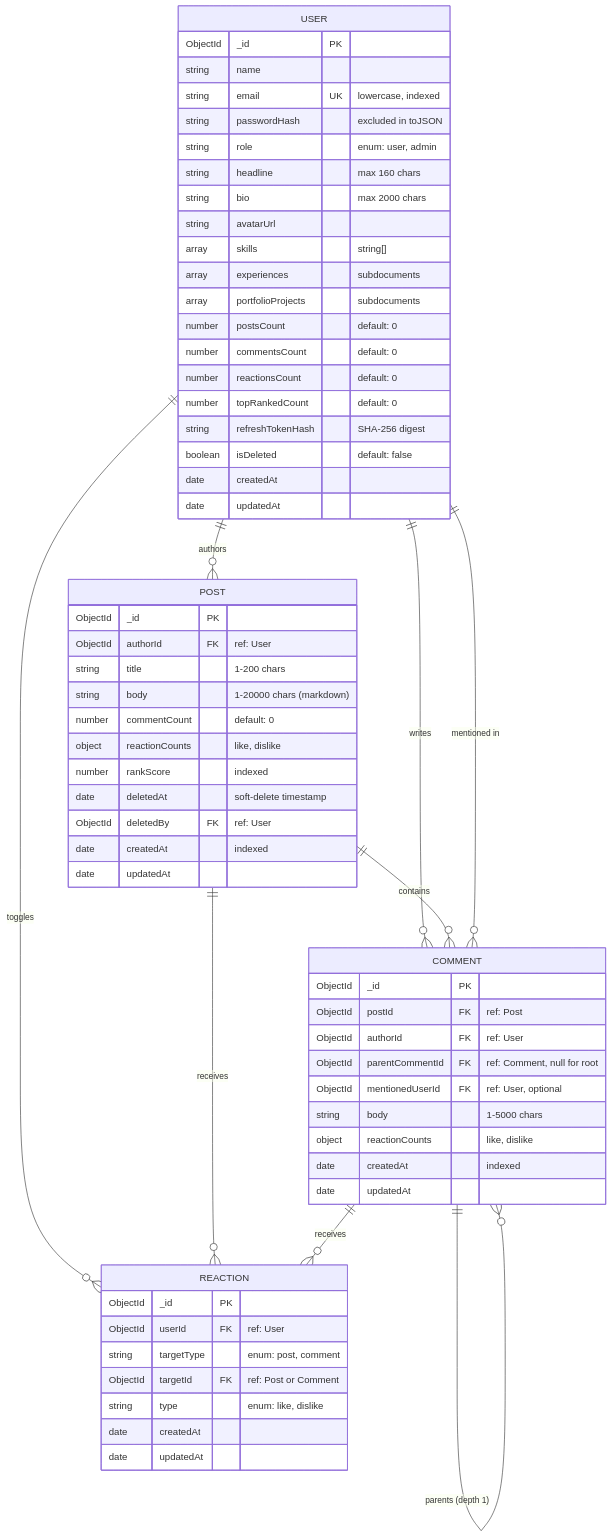
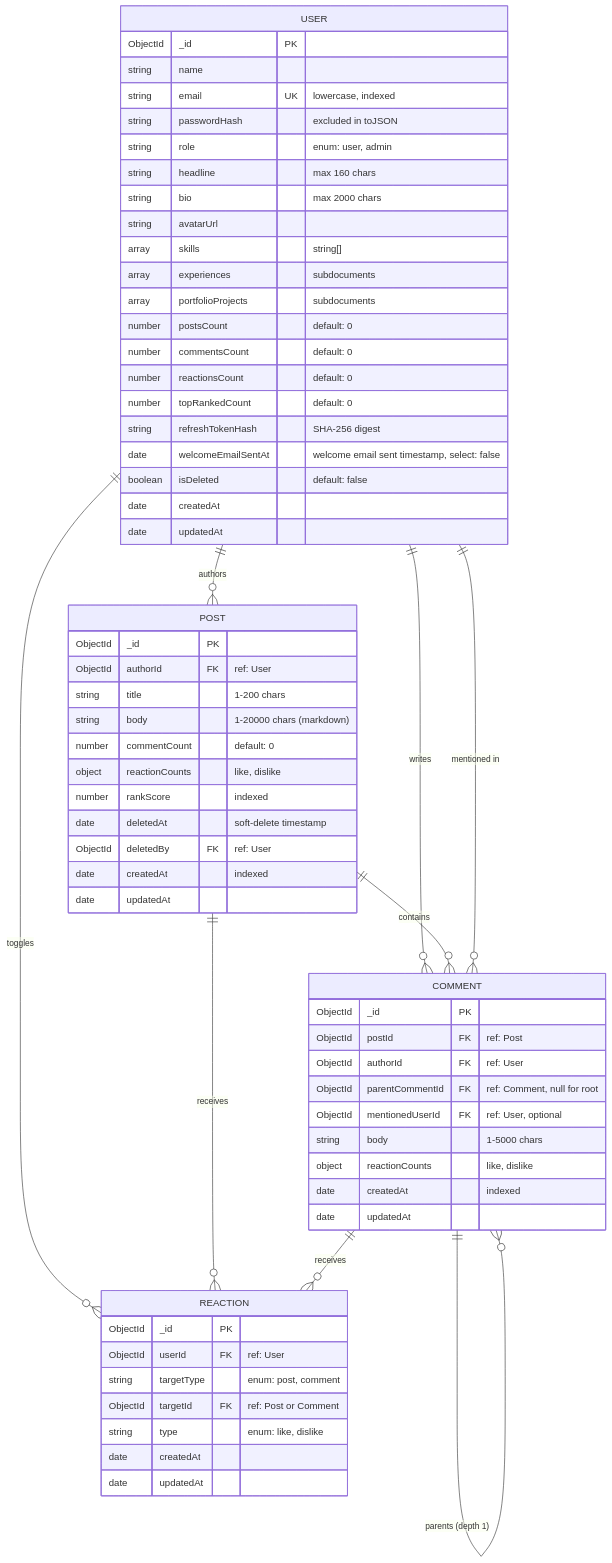
The diagram in docs/db-diagram.md (darksoul-atik/6S_Intern_Project), drawn with Mermaid before and after one commit. The commit also changed other lines of this file and 3 other files, not shown here.

Commit message:
feat(users): add welcomeEmailSentAt idempotency field, lookup methods, and update db diagram

````diff
--- a/docs/db-diagram.md
+++ b/docs/db-diagram.md
@@ -9,69 +9,70 @@
 ```mermaid
 erDiagram
     USER ||--o{ POST : "authors"
     USER ||--o{ COMMENT : "writes"
     USER ||--o{ REACTION : "toggles"
     POST ||--o{ COMMENT : "contains"
     POST ||--o{ REACTION : "receives"
     COMMENT ||--o{ COMMENT : "parents (depth 1)"
     COMMENT ||--o{ REACTION : "receives"
     USER ||--o{ COMMENT : "mentioned in"
 
     USER {
         ObjectId _id PK
         string name
         string email UK "lowercase, indexed"
         string passwordHash "excluded in toJSON"
         string role "enum: user, admin"
         string headline "max 160 chars"
         string bio "max 2000 chars"
         string avatarUrl
         array skills "string[]"
         array experiences "subdocuments"
         array portfolioProjects "subdocuments"
         number postsCount "default: 0"
         number commentsCount "default: 0"
         number reactionsCount "default: 0"
         number topRankedCount "default: 0"
         string refreshTokenHash "SHA-256 digest"
+        date welcomeEmailSentAt "welcome email sent timestamp, select: false"
         boolean isDeleted "default: false"
         date createdAt
         date updatedAt
     }
 
     POST {
         ObjectId _id PK
         ObjectId authorId FK "ref: User"
         string title "1-200 chars"
         string body "1-20000 chars (markdown)"
         number commentCount "default: 0"
         object reactionCounts "like, dislike"
         number rankScore "indexed"
         date deletedAt "soft-delete timestamp"
         ObjectId deletedBy FK "ref: User"
         date createdAt "indexed"
         date updatedAt
     }
 
     COMMENT {
         ObjectId _id PK
         ObjectId postId FK "ref: Post"
         ObjectId authorId FK "ref: User"
         ObjectId parentCommentId FK "ref: Comment, null for root"
         ObjectId mentionedUserId FK "ref: User, optional"
         string body "1-5000 chars"
         object reactionCounts "like, dislike"
         date createdAt "indexed"
         date updatedAt
     }
 
     REACTION {
         ObjectId _id PK
         ObjectId userId FK "ref: User"
         string targetType "enum: post, comment"
         ObjectId targetId FK "ref: Post or Comment"
         string type "enum: like, dislike"
         date createdAt
         date updatedAt
     }
 ```
````
